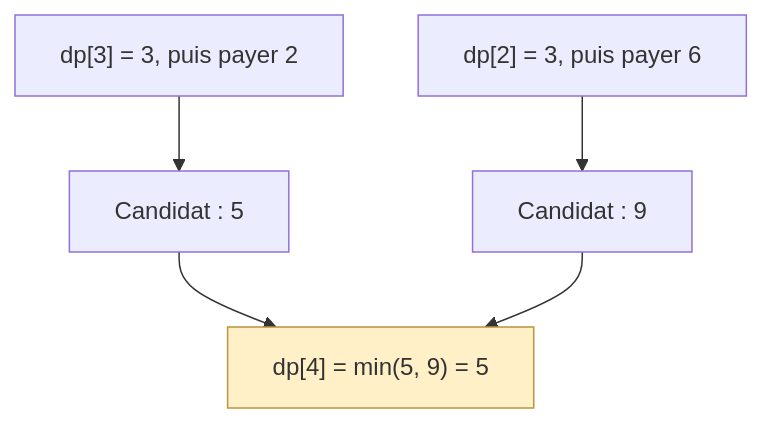
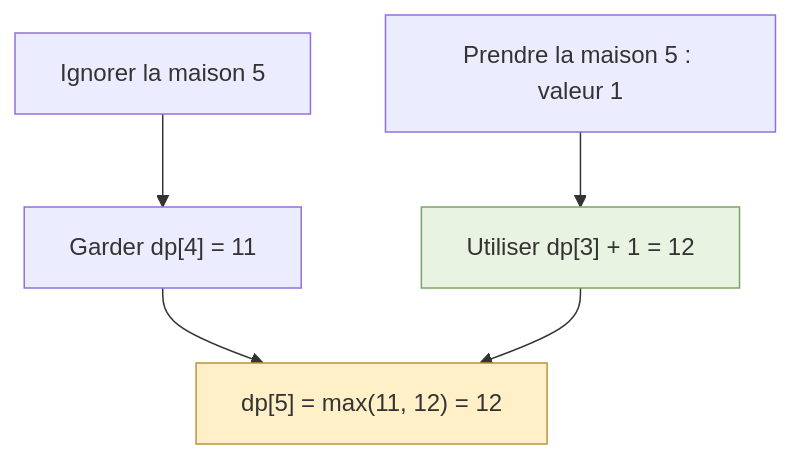
The ninth of 10 diagrams in Dynamic_Programming/Programmation_dynamique.md (yannpassy/prepa_algo_odoo), drawn with Mermaid before and after one commit. The commit also changed other lines of this file, not shown here.

````diff
--- a/Dynamic_Programming/Programmation_dynamique.md
+++ b/Dynamic_Programming/Programmation_dynamique.md
@@ -664,8 +488,9 @@
 ```mermaid
 flowchart TD
-    A["dp[3] = 3, puis payer 2"] --> C["Candidat : 5"]
-    B["dp[2] = 3, puis payer 6"] --> D["Candidat : 9"]
-    C --> E["dp[4] = min(5, 9) = 5"]
+    A["Ignorer la maison 5"] --> C["Garder dp[4] = 11"]
+    B["Prendre la maison 5 : valeur 1"] --> D["Utiliser dp[3] + 1 = 12"]
+    C --> E["dp[5] = max(11, 12) = 12"]
     D --> E
+    style D fill:#e9f3e1,stroke:#7da465
     style E fill:#fff0c8,stroke:#bc943b
 ```
````
